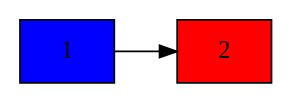
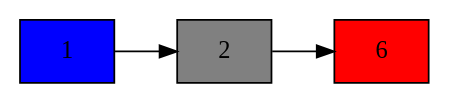
One commit to JoseTg1904/ConferenciaEDDLineales changed the diagram in graficos/cola2.dot. Above: the diagram before and after it, drawn with Graphviz. The commit also changed 9 other files, not shown here.

```diff
--- a/graficos/cola2.dot
+++ b/graficos/cola2.dot
@@ -1,7 +1,9 @@
 digraph grafico{
 node [style = "filled" shape = "box"]
 rankdir = "LR"
-"<clases.nodo.Nodo object at 0x000001702EC75070>" [label = "1" fillcolor = "blue"]
-"<clases.nodo.Nodo object at 0x000001702EC75070>" -> "<clases.nodo.Nodo object at 0x000001702EC75040>"
-"<clases.nodo.Nodo object at 0x000001702EC75040>" [label = "2" fillcolor = "red"]
+"<clases.nodo.Nodo object at 0x7fb0f6a14f40>" [label = "1" fillcolor = "blue"]
+"<clases.nodo.Nodo object at 0x7fb0f6a14f40>" -> "<clases.nodo.Nodo object at 0x7fb0f6a14f70>"
+"<clases.nodo.Nodo object at 0x7fb0f6a14f70>" [label = "2" fillcolor = "gray"]
+"<clases.nodo.Nodo object at 0x7fb0f6a14f70>" -> "<clases.nodo.Nodo object at 0x7fb0f6a14ee0>"
+"<clases.nodo.Nodo object at 0x7fb0f6a14ee0>" [label = "6" fillcolor = "red"]
 }
```
